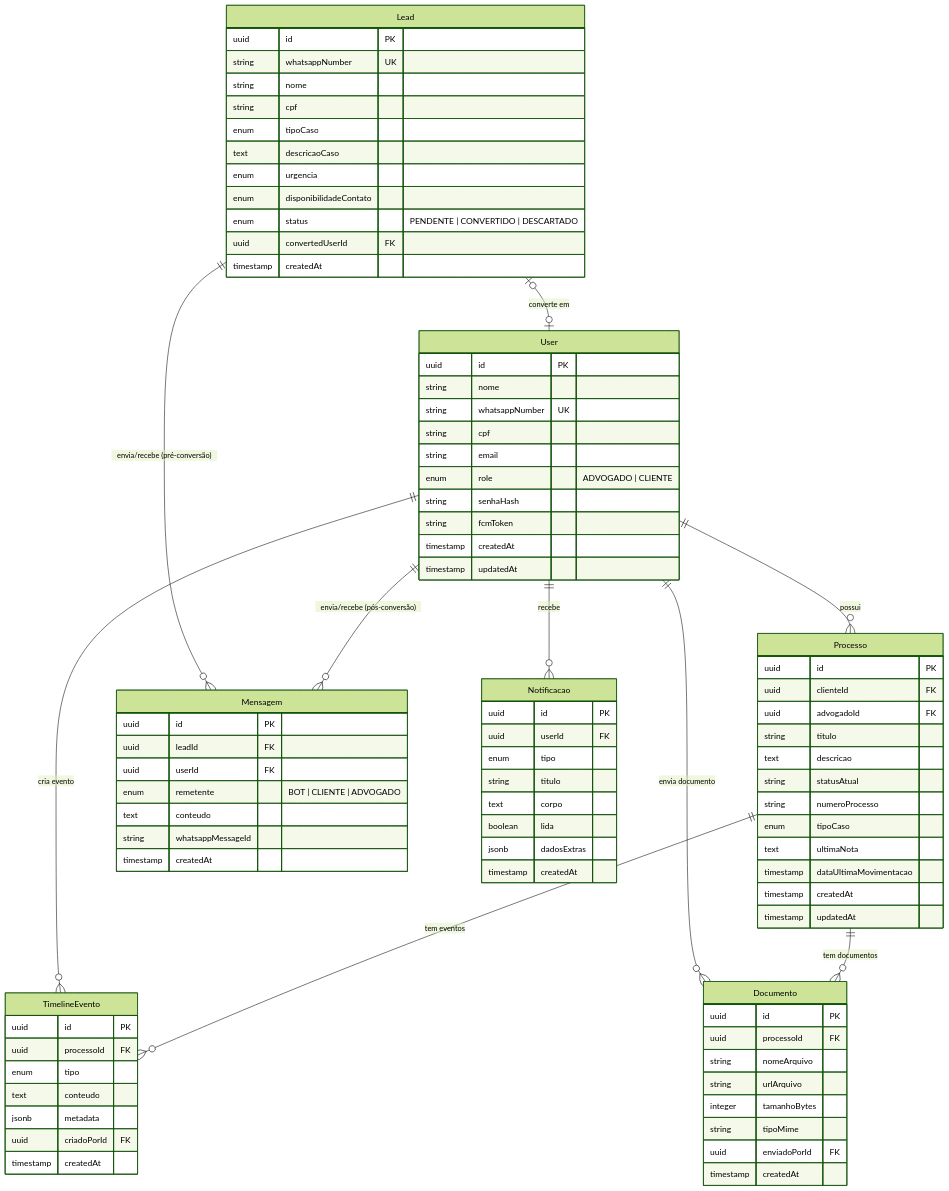
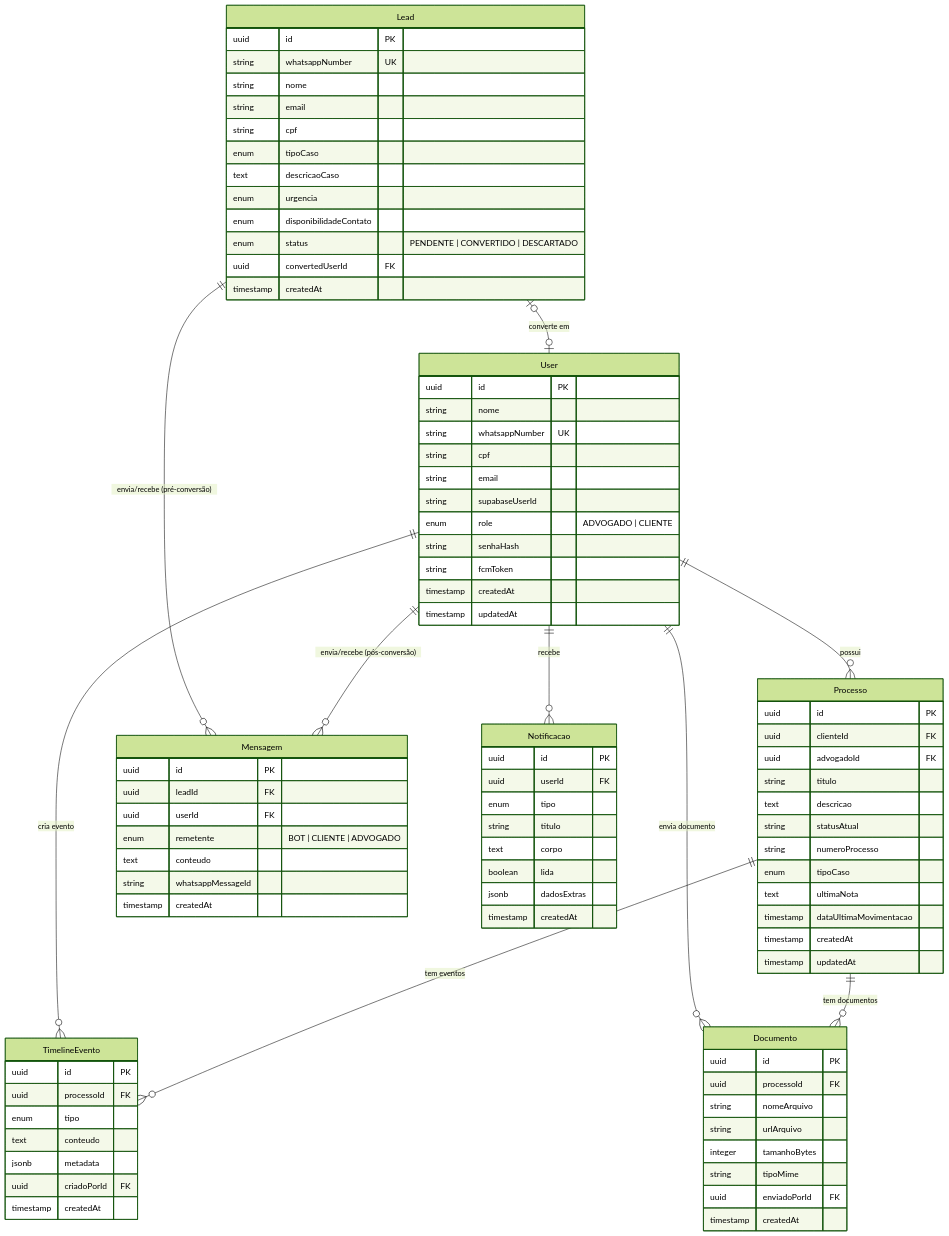
One commit to gitmachado/themis-aurora-g5 changed the second of 3 diagrams in documentation/architecture.md. Above: the diagram before and after it, drawn with Mermaid (forest theme). The commit also changed other lines of this file, not shown here.

Commit message:
🌟feat: G5-26 integrate Supabase Auth for email/password validation and user linking

```diff
--- a/documentation/architecture.md
+++ b/documentation/architecture.md
@@ -103,6 +104,7 @@
         string whatsappNumber UK
         string cpf
         string email
+        string supabaseUserId
         enum role "ADVOGADO | CLIENTE"
         string senhaHash
         string fcmToken
@@ -114,6 +116,7 @@
         uuid id PK
         string whatsappNumber UK
         string nome
+        string email
         string cpf
         enum tipoCaso
         text descricaoCaso
```
